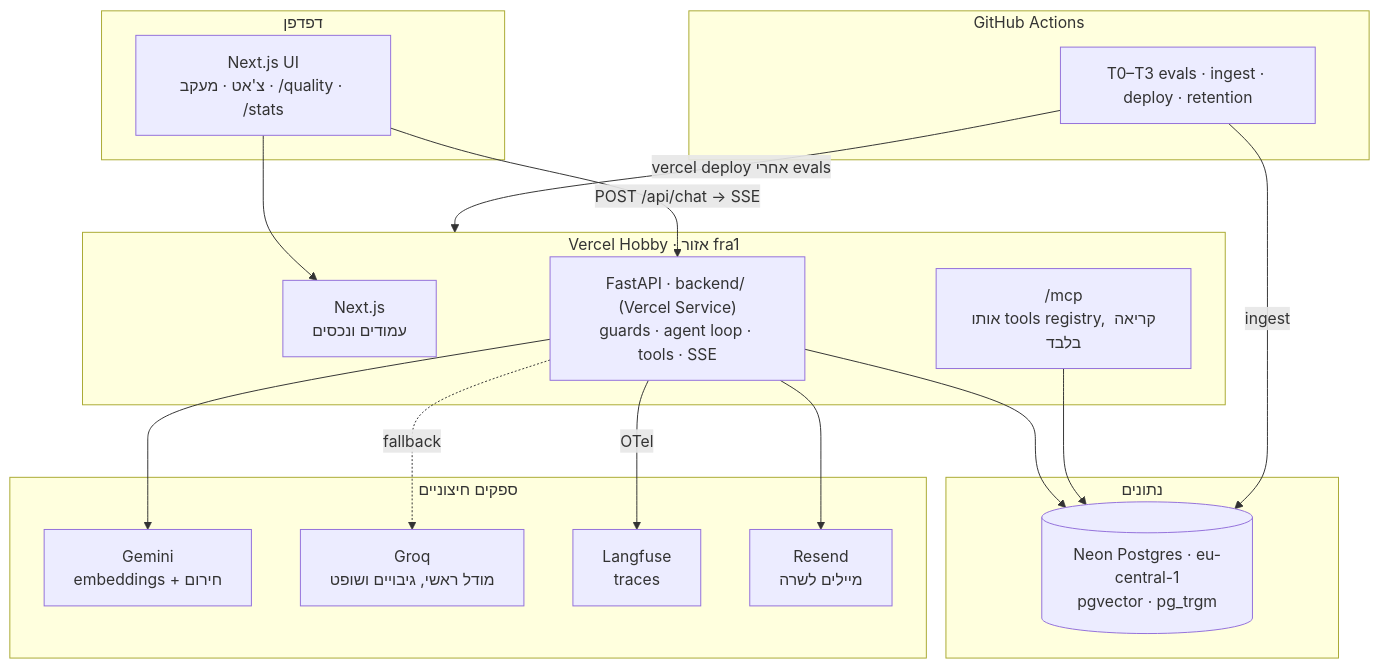
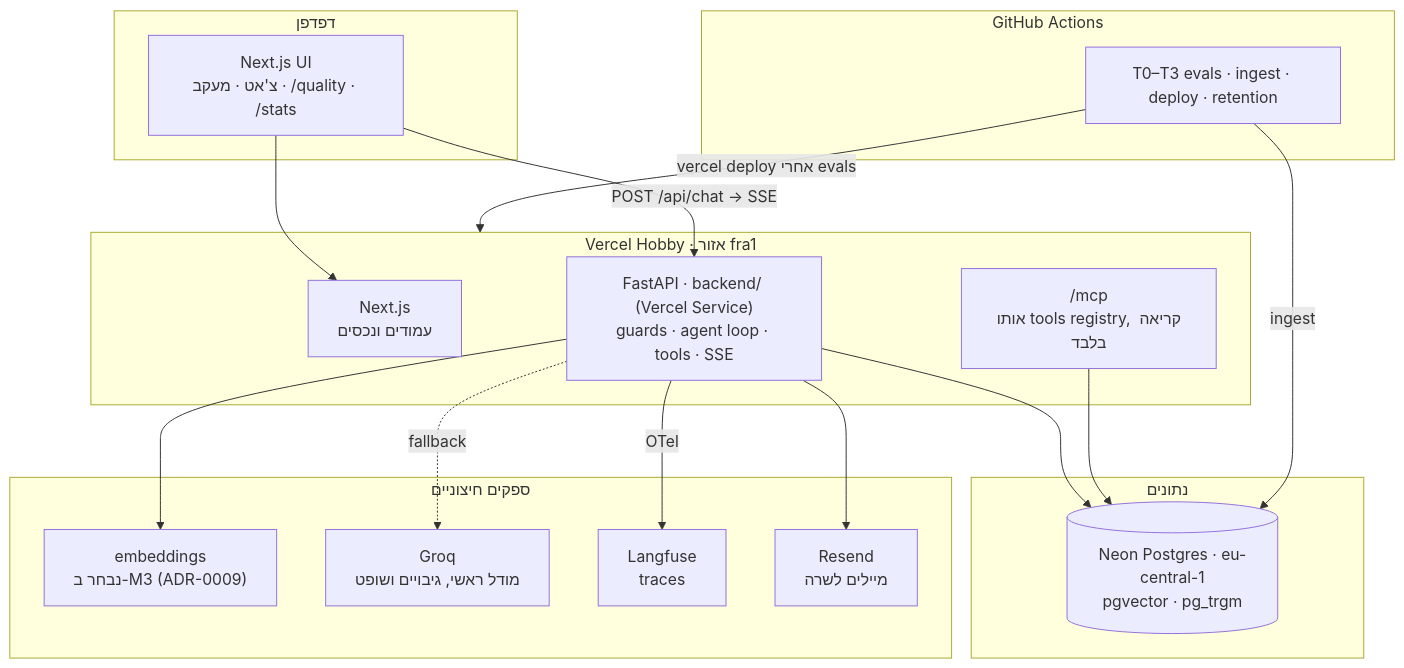
The first of 2 diagrams in docs/05-architecture.md (sarah94087-bot/portfolio-agent), drawn with Mermaid before and after one commit. The commit also changed other lines of this file and 8 other files, not shown here.

First line of the commit message:
Add ADR-0009: keep free Gemini out of the visitor path

````diff
--- a/docs/05-architecture.md
+++ b/docs/05-architecture.md
@@ -16,38 +16,38 @@
 ```mermaid
 flowchart TB
   subgraph Browser["דפדפן"]
     UI["Next.js UI<br/>צ'אט · מעקב · /quality · /stats"]
   end
 
   subgraph Vercel["Vercel Hobby · אזור fra1"]
     WEB["Next.js<br/>עמודים ונכסים"]
     API["FastAPI · backend/ (Vercel Service)<br/>guards · agent loop · tools · SSE"]
     MCP["/mcp<br/>אותו tools registry, קריאה בלבד"]
   end
 
   subgraph Data["נתונים"]
     NEON[("Neon Postgres · eu-central-1<br/>pgvector · pg_trgm")]
   end
 
   subgraph Providers["ספקים חיצוניים"]
-    GEM["Gemini<br/>embeddings + חירום"]
+    EMB["embeddings<br/>נבחר ב-M3 (ADR-0009)"]
     GROQ["Groq<br/>מודל ראשי, גיבויים ושופט"]
     LF["Langfuse<br/>traces"]
     RS["Resend<br/>מיילים לשרה"]
   end
 
   subgraph CI["GitHub Actions"]
     PIPE["T0–T3 evals · ingest · deploy · retention"]
   end
 
   UI -- "POST /api/chat → SSE" --> API
   UI --> WEB
   API --> NEON
-  API --> GEM
+  API --> EMB
   API -. "fallback" .-> GROQ
   API -- "OTel" --> LF
   API --> RS
   MCP --> NEON
   PIPE -- "ingest" --> NEON
   PIPE -- "vercel deploy אחרי evals" --> Vercel
 ```
````
